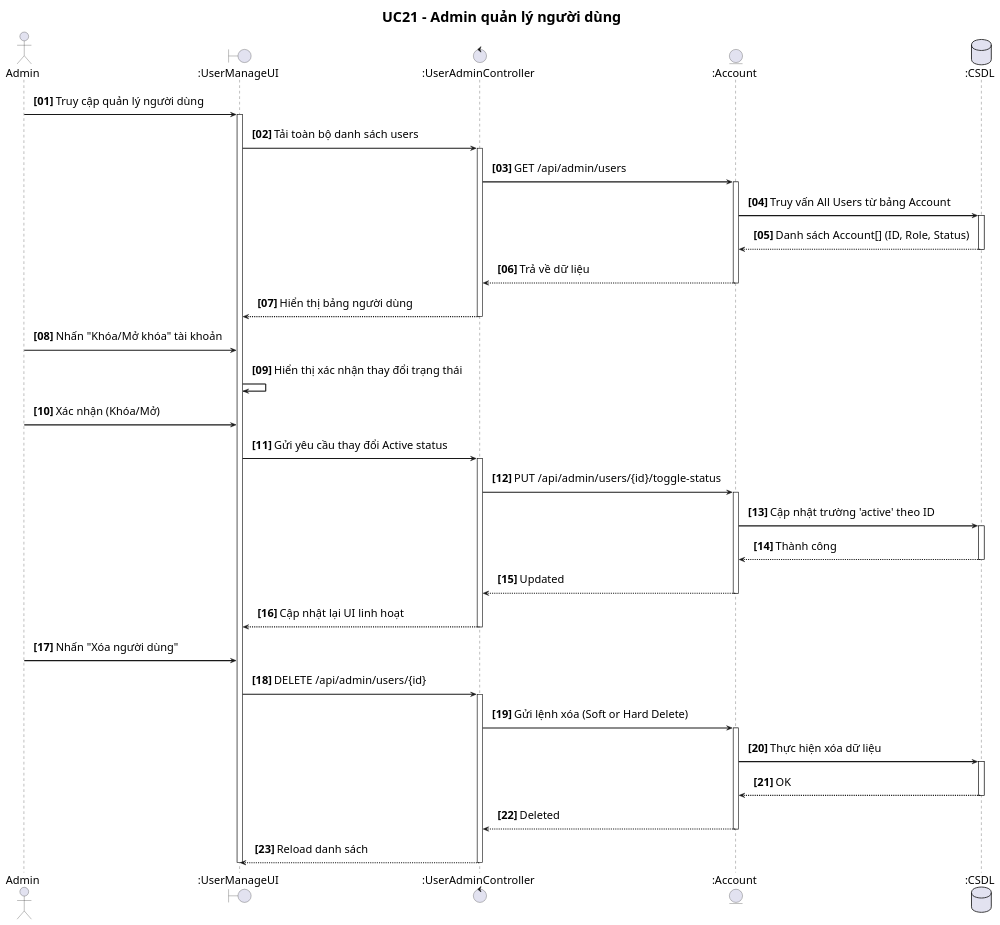
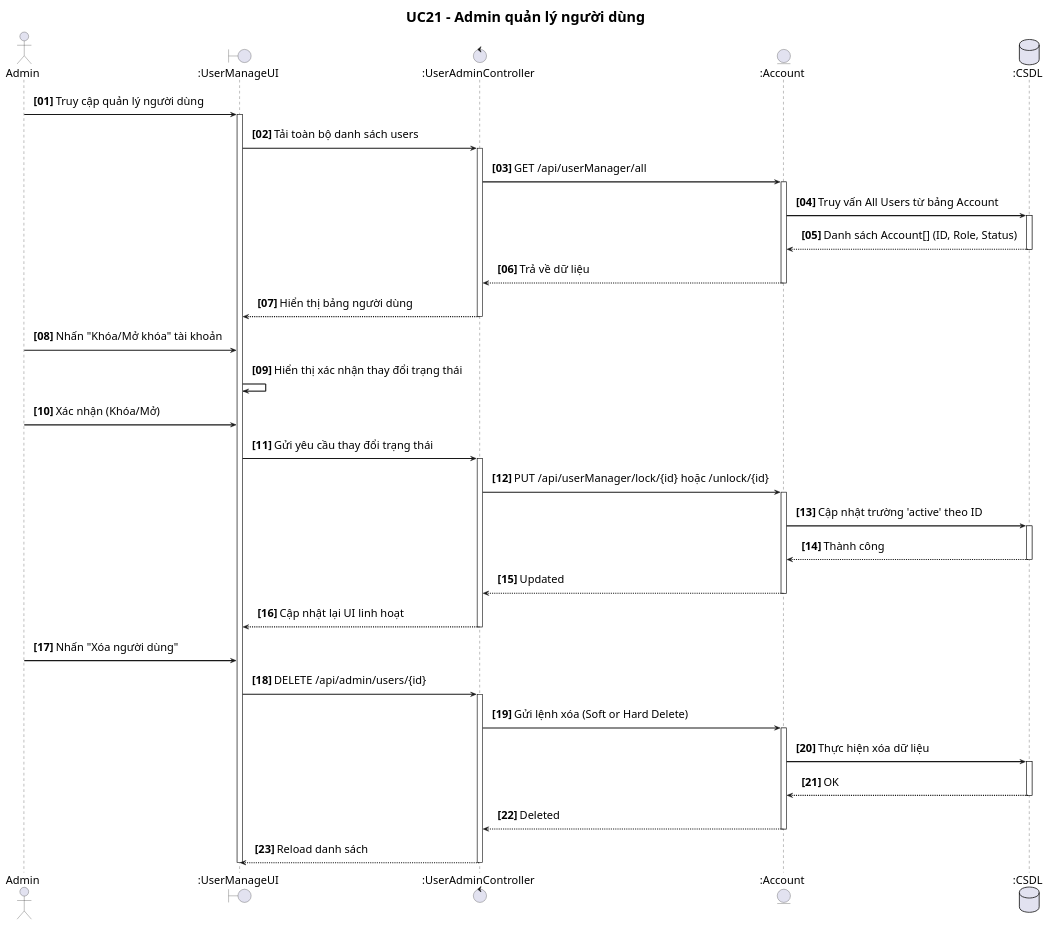
The diagram in front-end/src/usecaseUML/UC21_AdminQuanLyNguoiDung.puml (Gonztbl/DATN_FRONT-END), drawn with PlantUML before and after one commit. The commit also changed 40 other files, not shown here.

```diff
--- a/front-end/src/usecaseUML/UC21_AdminQuanLyNguoiDung.puml
+++ b/front-end/src/usecaseUML/UC21_AdminQuanLyNguoiDung.puml
@@ -1,76 +1,76 @@
 @startuml UC21_AdminQuanLyNguoiDung
 title UC21 - Admin quản lý người dùng
 
 autonumber "<b>[00]</b>"
 skinparam sequenceArrowThickness 2
 skinparam roundcorner 10
 skinparam defaultFontSize 20
 skinparam titleFontSize 26
 skinparam sequenceFontSize 19
 skinparam sequenceMessageFontSize 20
 skinparam sequenceActorFontSize 20
 skinparam sequenceParticipantFontSize 20
 skinparam noteFontSize 18
 skinparam sequenceArrowFontSize 20
 skinparam sequence {
     ParticipantPadding 30
     LifeLinePadding 20
     MessagePadding 10
 }
 
 actor "Admin" as Admin
 boundary ":UserManageUI" as UI
 control ":UserAdminController" as CTRL
 entity ":Account" as ENT
 database ":CSDL" as DB
 
 Admin -> UI : Truy cập quản lý người dùng
 activate UI
 
 UI -> CTRL : Tải toàn bộ danh sách users
 activate CTRL
-CTRL -> ENT : GET /api/admin/users
+CTRL -> ENT : GET /api/userManager/all
 activate ENT
 ENT -> DB : Truy vấn All Users từ bảng Account
 activate DB
 DB --> ENT : Danh sách Account[] (ID, Role, Status)
 deactivate DB
 ENT --> CTRL : Trả về dữ liệu
 deactivate ENT
 CTRL --> UI : Hiển thị bảng người dùng
 deactivate CTRL
 
 Admin -> UI : Nhấn "Khóa/Mở khóa" tài khoản
 UI -> UI : Hiển thị xác nhận thay đổi trạng thái
 Admin -> UI : Xác nhận (Khóa/Mở)
 
-UI -> CTRL : Gửi yêu cầu thay đổi Active status
+UI -> CTRL : Gửi yêu cầu thay đổi trạng thái
 activate CTRL
-CTRL -> ENT : PUT /api/admin/users/{id}/toggle-status
+CTRL -> ENT : PUT /api/userManager/lock/{id} hoặc /unlock/{id}
 activate ENT
 ENT -> DB : Cập nhật trường 'active' theo ID
 activate DB
 DB --> ENT : Thành công
 deactivate DB
 ENT --> CTRL : Updated
 deactivate ENT
 CTRL --> UI : Cập nhật lại UI linh hoạt
 deactivate CTRL
 
 Admin -> UI : Nhấn "Xóa người dùng"
 UI -> CTRL : DELETE /api/admin/users/{id}
 activate CTRL
 CTRL -> ENT : Gửi lệnh xóa (Soft or Hard Delete)
 activate ENT
 ENT -> DB : Thực hiện xóa dữ liệu
 activate DB
 DB --> ENT : OK
 deactivate DB
 ENT --> CTRL : Deleted
 deactivate ENT
 CTRL --> UI : Reload danh sách
 deactivate CTRL
 
 deactivate UI
 
 @enduml
```
